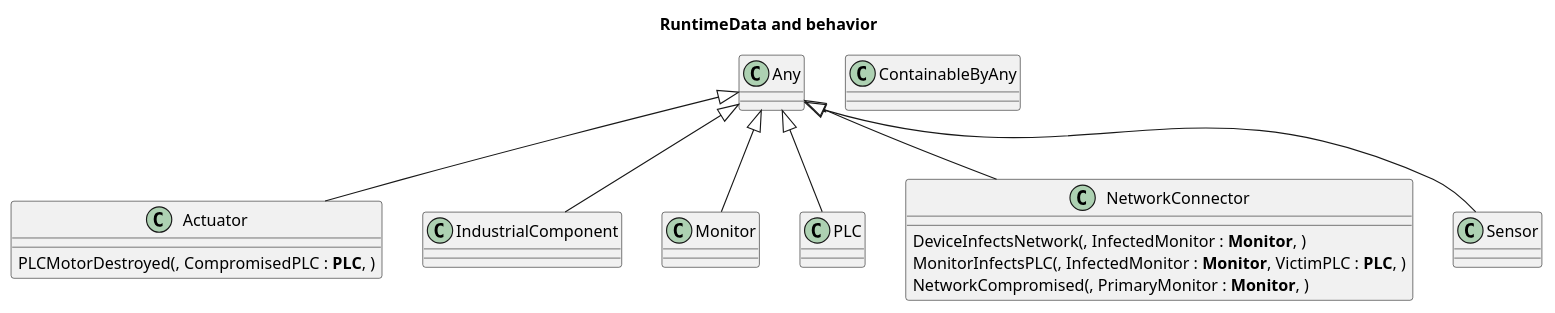
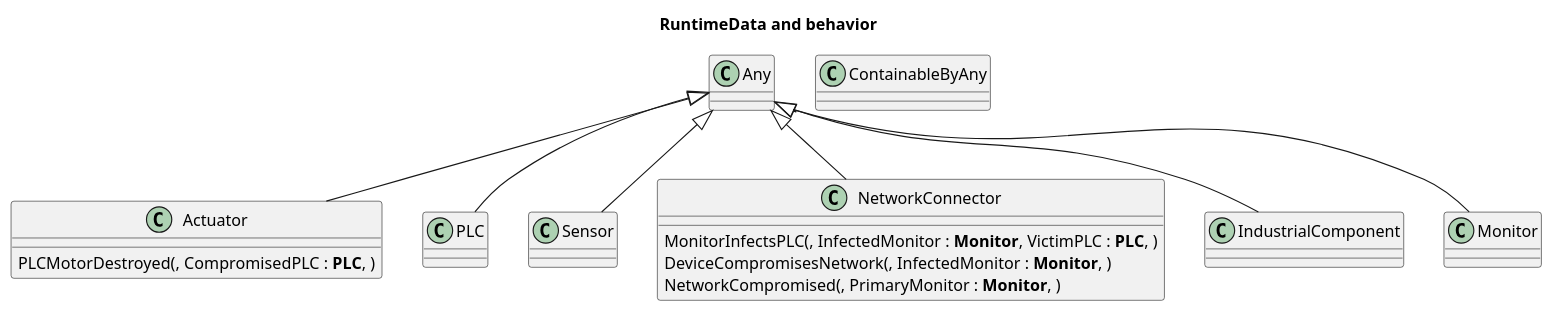
Before and after one commit to lewisccox/lc2071HonoursProject: the diagram in doc-gen/plantuml/BehaviourDefinitions.rtd.class.plantuml, drawn with PlantUML. The commit also changed 10 other files, not shown here.

```diff
--- a/doc-gen/plantuml/BehaviourDefinitions.rtd.class.plantuml
+++ b/doc-gen/plantuml/BehaviourDefinitions.rtd.class.plantuml
@@ -1,31 +1,31 @@
 @startuml
 title RuntimeData and behavior
 class Actuator  {
 	PLCMotorDestroyed(, CompromisedPLC : **PLC**, )
 }
+class PLC  {
+}
+class Any  {
+}
+class Sensor  {
+}
+class ContainableByAny  {
+}
+class NetworkConnector  {
+	MonitorInfectsPLC(, InfectedMonitor : **Monitor**, VictimPLC : **PLC**, )
+	DeviceCompromisesNetwork(, InfectedMonitor : **Monitor**, )
+	NetworkCompromised(, PrimaryMonitor : **Monitor**, )
+}
 class IndustrialComponent  {
 }
 class Monitor  {
 }
-class PLC  {
-}
-class ContainableByAny  {
-}
-class NetworkConnector  {
-	DeviceInfectsNetwork(, InfectedMonitor : **Monitor**, )
-	MonitorInfectsPLC(, InfectedMonitor : **Monitor**, VictimPLC : **PLC**, )
-	NetworkCompromised(, PrimaryMonitor : **Monitor**, )
-}
-class Sensor  {
-}
-class Any  {
-}
 
 
 Actuator -up-|>  Any
+PLC -up-|>  Any
+Sensor -up-|>  Any
+NetworkConnector -up-|>  Any
 IndustrialComponent -up-|>  Any
 Monitor -up-|>  Any
-PLC -up-|>  Any
-NetworkConnector -up-|>  Any
-Sensor -up-|>  Any
 @enduml
```
